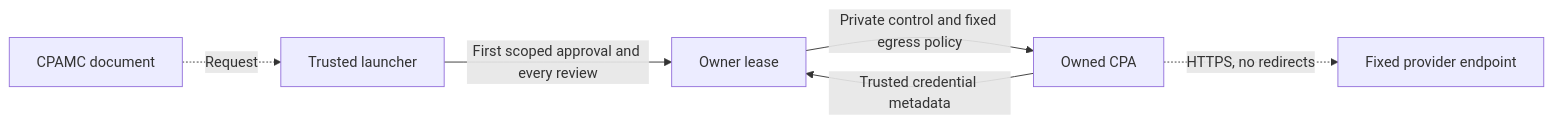
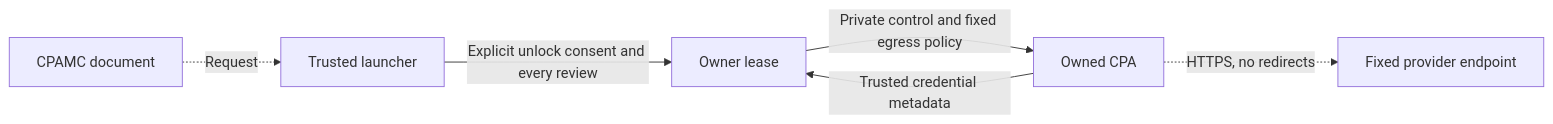
The diagram in hermes-cpa/README.md (Codeseys-Labs/hermes-cpa), drawn with Mermaid before and after one commit. The commit also changed other lines of this file and 8 other files, not shown here.

Commit message:
feat(cpa): include verified quota reads in unlock consent

````diff
--- a/hermes-cpa/README.md
+++ b/hermes-cpa/README.md
@@ -87,8 +91,8 @@
 ```mermaid
 flowchart LR
     Guest[CPAMC document] -. Request .-> Host[Trusted launcher]
-    Host -->|First scoped approval and every review| Owner[Owner lease]
+    Host -->|Explicit unlock consent and every review| Owner[Owner lease]
     Owner -->|Private control and fixed egress policy| CPA[Owned CPA]
     CPA -->|Trusted credential metadata| Owner
     CPA -. HTTPS, no redirects .-> Provider[Fixed provider endpoint]
 ```
````
